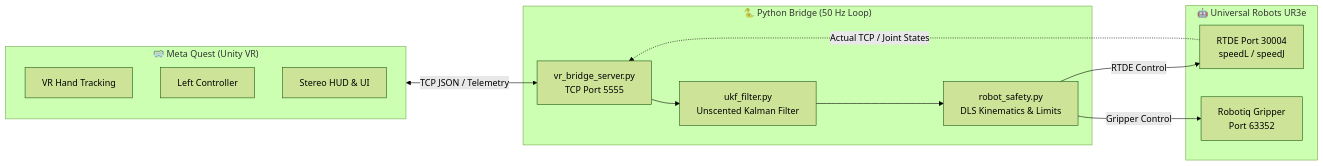
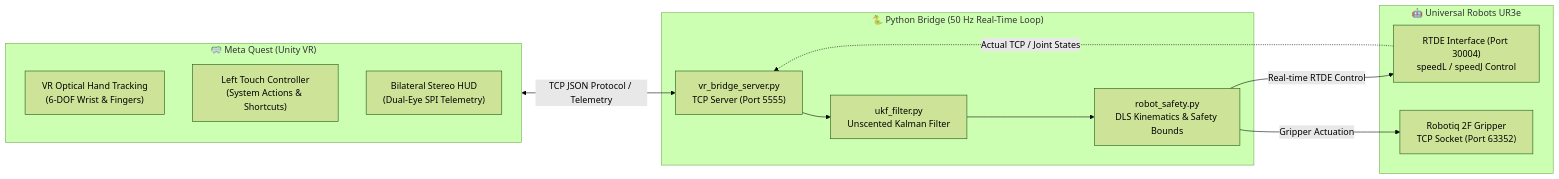
Before and after one commit to PhaiXD/ur3e-vr-bridge: the diagram in README.md, drawn with Mermaid (forest theme). The commit also changed other lines of this file, not shown here.

````diff
--- a/README.md
+++ b/README.md
@@ -10,26 +10,26 @@
 ```mermaid
 flowchart LR
     subgraph VR ["🥽 Meta Quest (Unity VR)"]
-        H[VR Hand Tracking]
-        C[Left Controller]
-        HUD[Stereo HUD & UI]
+        H["VR Optical Hand Tracking<br/>(6-DOF Wrist & Fingers)"]
+        C["Left Touch Controller<br/>(System Actions & Shortcuts)"]
+        HUD["Bilateral Stereo HUD<br/>(Dual-Eye SPI Telemetry)"]
     end
 
-    subgraph Bridge ["🐍 Python Bridge (50 Hz Loop)"]
-        S[vr_bridge_server.py<br/>TCP Port 5555]
-        UKF[ukf_filter.py<br/>Unscented Kalman Filter]
-        SAFE[robot_safety.py<br/>DLS Kinematics & Limits]
+    subgraph Bridge ["🐍 Python Bridge (50 Hz Real-Time Loop)"]
+        S["vr_bridge_server.py<br/>TCP Server (Port 5555)"]
+        UKF["ukf_filter.py<br/>Unscented Kalman Filter"]
+        SAFE["robot_safety.py<br/>DLS Kinematics & Safety Bounds"]
     end
 
     subgraph Robot ["🤖 Universal Robots UR3e"]
-        RTDE[RTDE Port 30004<br/>speedL / speedJ]
-        GRP[Robotiq Gripper<br/>Port 63352]
+        RTDE["RTDE Interface (Port 30004)<br/>speedL / speedJ Control"]
+        GRP["Robotiq 2F Gripper<br/>TCP Socket (Port 63352)"]
     end
 
-    VR <--> |TCP JSON / Telemetry| S
+    VR <--> |TCP JSON Protocol / Telemetry| S
     S --> UKF
     UKF --> SAFE
-    SAFE --> |RTDE Control| RTDE
-    SAFE --> |Gripper Control| GRP
+    SAFE --> |Real-time RTDE Control| RTDE
+    SAFE --> |Gripper Actuation| GRP
     RTDE -.-> |Actual TCP / Joint States| S
 ```
````
